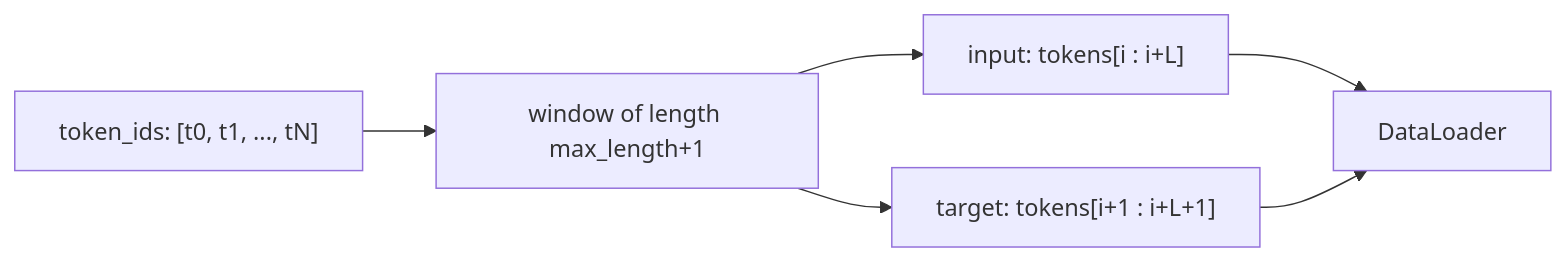
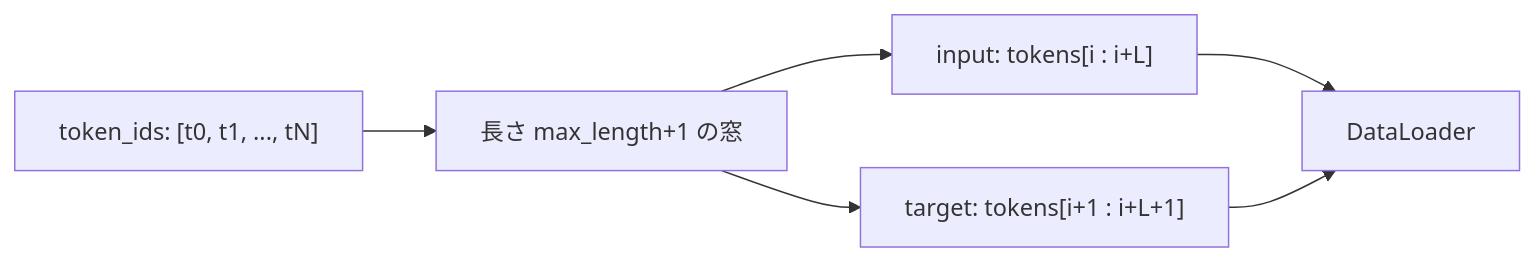
Before and after one commit to cacapouh/gpt2-from-scratch: the diagram in docs/data.md, drawn with Mermaid. The commit also changed other lines of this file and 10 other files, not shown here.

````diff
--- a/docs/data.md
+++ b/docs/data.md
@@ -22,8 +23,8 @@
 ```mermaid
 flowchart LR
-    T["token_ids: [t0, t1, ..., tN]"] --> W[window of length max_length+1]
+    T["token_ids: [t0, t1, ..., tN]"] --> W[長さ max_length+1 の窓]
     W --> IN["input: tokens[i : i+L]"]
     W --> TG["target: tokens[i+1 : i+L+1]"]
     IN --> DL[DataLoader]
     TG --> DL
 ```
````
